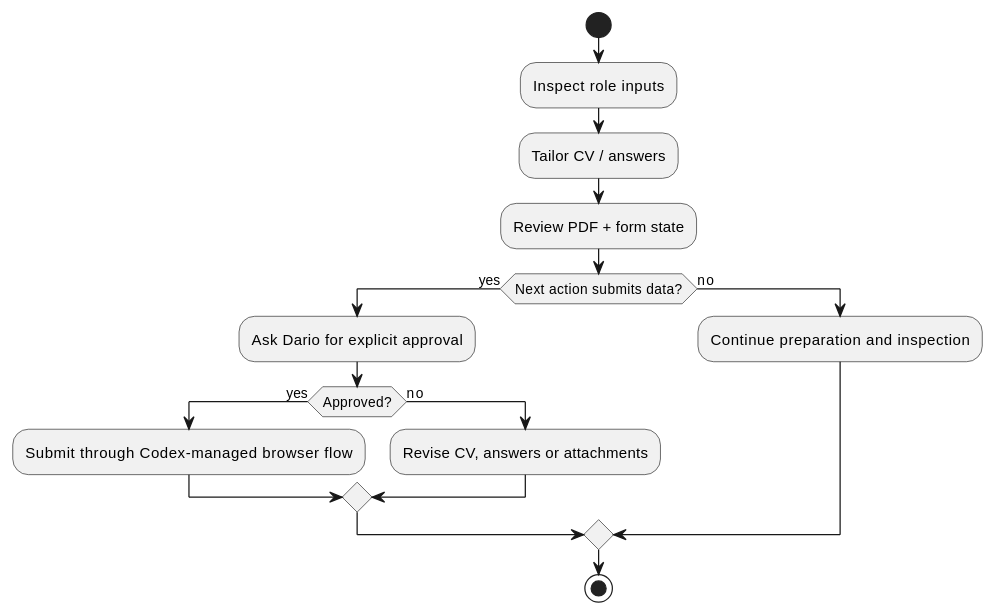
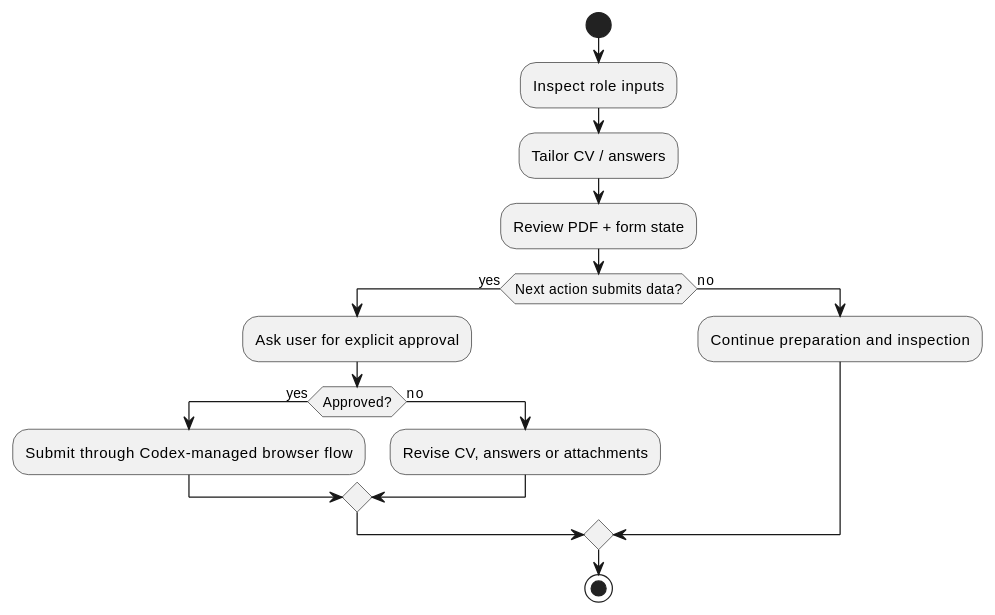
One commit to ddm18/codex-managed-application-workflow changed the diagram in docs/guardrails.md. Above: the diagram before and after it, drawn with PlantUML. The commit also changed other lines of this file and 4 other files, not shown here.

````diff
--- a/docs/guardrails.md
+++ b/docs/guardrails.md
@@ -10,21 +10,21 @@
 ```plantuml
 @startuml
 start
 :Inspect role inputs;
 :Tailor CV / answers;
 :Review PDF + form state;
 
 if (Next action submits data?) then (yes)
-  :Ask Dario for explicit approval;
+  :Ask user for explicit approval;
   if (Approved?) then (yes)
     :Submit through Codex-managed browser flow;
   else (no)
     :Revise CV, answers or attachments;
   endif
 else (no)
   :Continue preparation and inspection;
 endif
 
 stop
 @enduml
 ```
````
